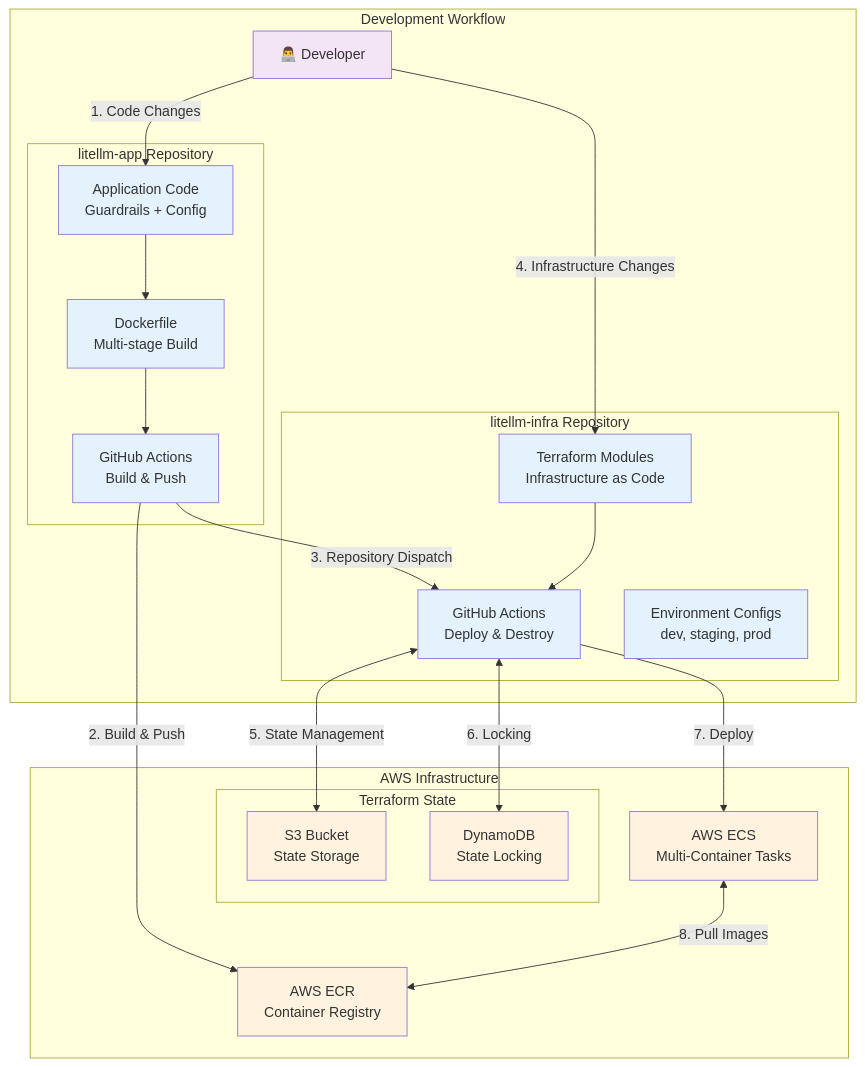
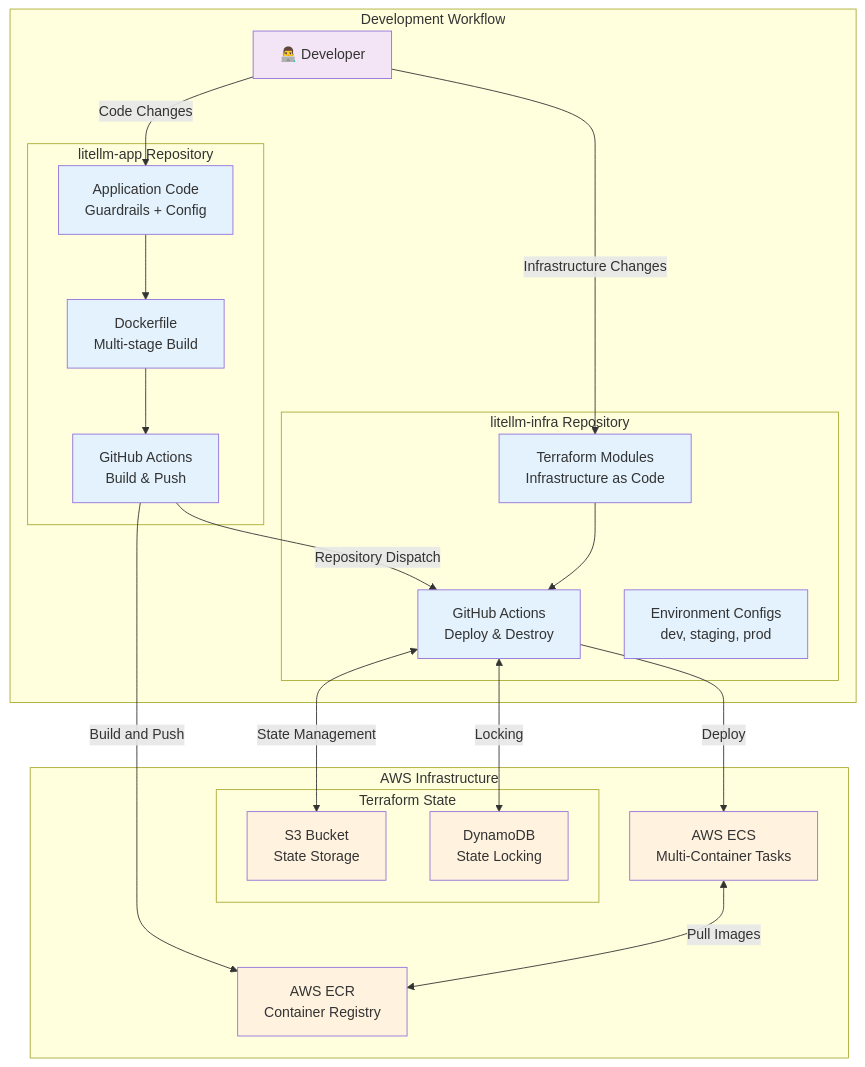
The sixth of 18 diagrams in ARCHITECTURE.md (mrcloudchase/litellm-infra), drawn with Mermaid before and after one commit.

Commit message:
Fix Mermaid CI/CD diagram arrow label formatting
- Remove numbered markdown list syntax from arrow labels
- Change '1. Code Changes' to 'Code Changes' etc.
- Mermaid doesn't support markdown formatting in arrow labels
- CI/CD pipeline diagram now renders correctly without parse errors

````diff
--- a/ARCHITECTURE.md
+++ b/ARCHITECTURE.md
@@ -233,49 +233,49 @@
 ```mermaid
 graph TB
     subgraph "Development Workflow"
         Dev[👨‍💻 Developer]
         
         subgraph "litellm-app Repository"
             AppCode[Application Code<br/>Guardrails + Config]
             Dockerfile[Dockerfile<br/>Multi-stage Build]
             AppCI[GitHub Actions<br/>Build & Push]
         end
         
         subgraph "litellm-infra Repository"
             TerraformCode[Terraform Modules<br/>Infrastructure as Code]
             InfraCI[GitHub Actions<br/>Deploy & Destroy]
             Environments[Environment Configs<br/>dev, staging, prod]
         end
     end
 
     subgraph "AWS Infrastructure"
         ECR[AWS ECR<br/>Container Registry]
         ECS[AWS ECS<br/>Multi-Container Tasks]
         
         subgraph "Terraform State"
             S3[S3 Bucket<br/>State Storage]
             DynamoDB[DynamoDB<br/>State Locking]
         end
     end
 
-    Dev -->|1. Code Changes| AppCode
+    Dev -->|Code Changes| AppCode
     AppCode --> Dockerfile
     Dockerfile --> AppCI
-    AppCI -->|2. Build & Push| ECR
-    AppCI -->|3. Repository Dispatch| InfraCI
+    AppCI -->|Build and Push| ECR
+    AppCI -->|Repository Dispatch| InfraCI
     
-    Dev -->|4. Infrastructure Changes| TerraformCode
+    Dev -->|Infrastructure Changes| TerraformCode
     TerraformCode --> InfraCI
-    InfraCI <-->|5. State Management| S3
-    InfraCI <-->|6. Locking| DynamoDB
-    InfraCI -->|7. Deploy| ECS
-    ECS <-->|8. Pull Images| ECR
+    InfraCI <-->|State Management| S3
+    InfraCI <-->|Locking| DynamoDB
+    InfraCI -->|Deploy| ECS
+    ECS <-->|Pull Images| ECR
 
     classDef repo fill:#e3f2fd
     classDef aws fill:#fff3e0
     classDef dev fill:#f3e5f5
     
     class AppCode,Dockerfile,AppCI,TerraformCode,InfraCI,Environments repo
     class ECR,ECS,S3,DynamoDB aws
     class Dev dev
 ```
````
